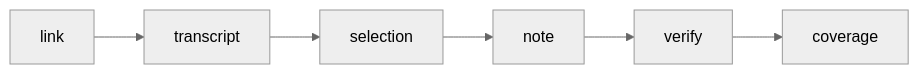
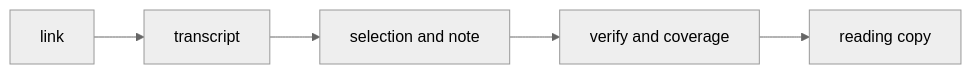
One commit to HappyDrunk/transcript-first-video changed the diagram in README.md. Above: the diagram before and after it, drawn with Mermaid (neutral theme). The commit also changed other lines of this file and 5 other files, not shown here.

````diff
--- a/README.md
+++ b/README.md
@@ -43,4 +43,5 @@
 ```mermaid
 flowchart LR
-  A[link] --> B[transcript] --> S[selection] --> C[note] --> D[verify] --> E[coverage]
+  A[link] --> B[transcript] --> C[selection and note]
+  C --> D[verify and coverage] --> E[reading copy]
 ```
````
